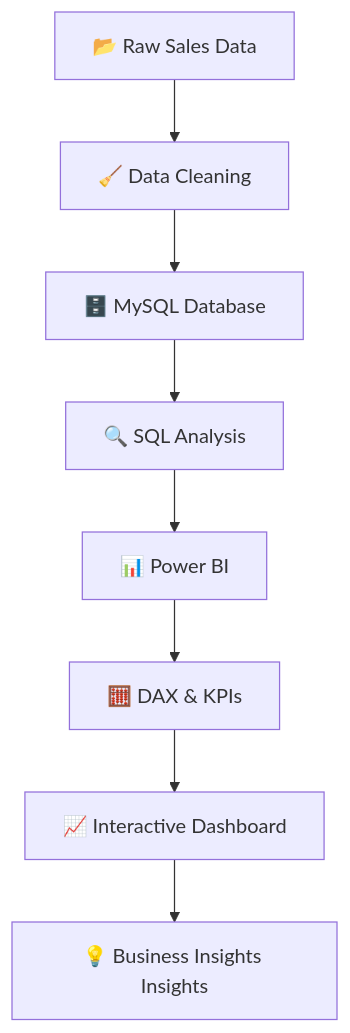
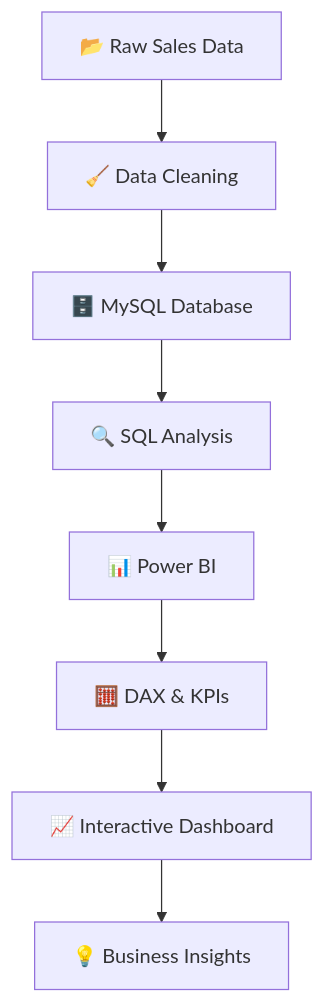
The diagram in README.md (tanishakumari939-alt/Credit_Card_Financial_Dashboard), drawn with Mermaid before and after one commit.

````diff
--- a/README.md
+++ b/README.md
@@ -166,10 +166,10 @@
 ```mermaid
 flowchart TD
     A[📂 Raw Sales Data] --> B[🧹 Data Cleaning]
     B --> C[🗄️ MySQL Database]
     C --> D[🔍 SQL Analysis]
     D --> E[📊 Power BI]
     E --> F[🧮 DAX & KPIs]
     F --> G[📈 Interactive Dashboard]
-    G --> H[💡 Business Insights Insights]
+    G --> H[💡 Business Insights]
 ```
````
